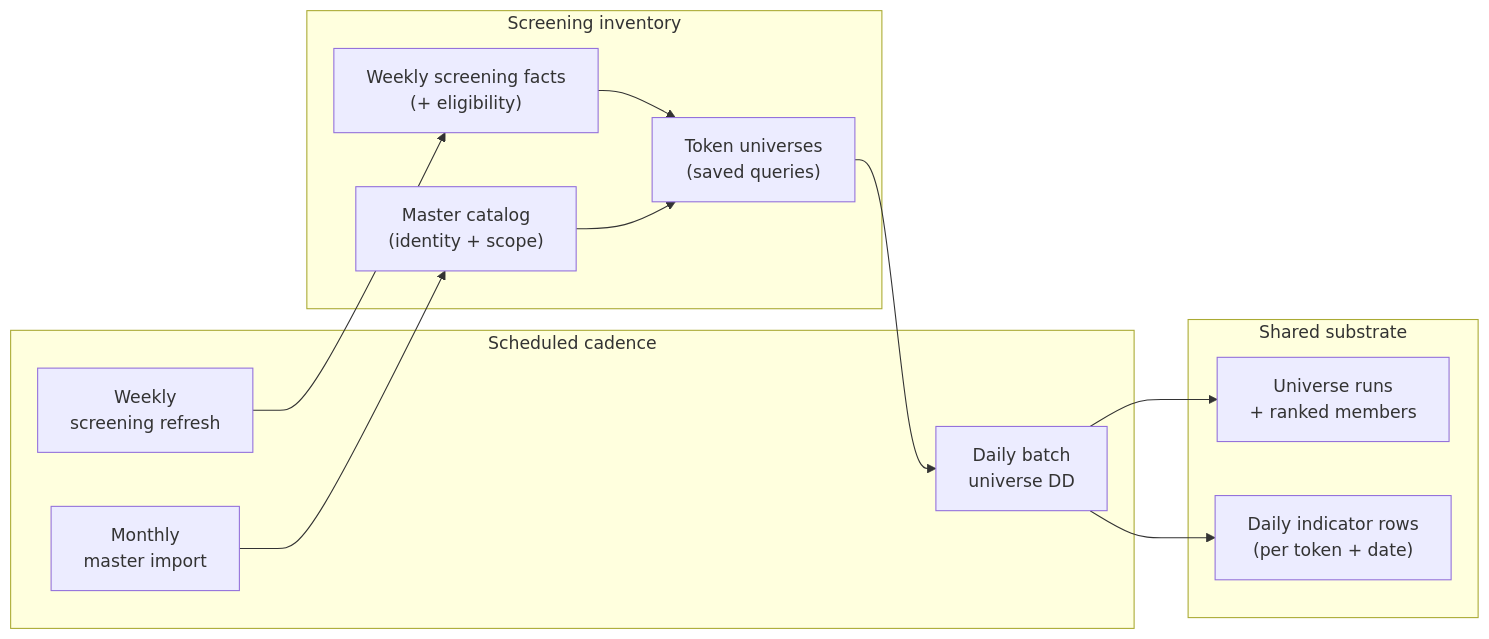
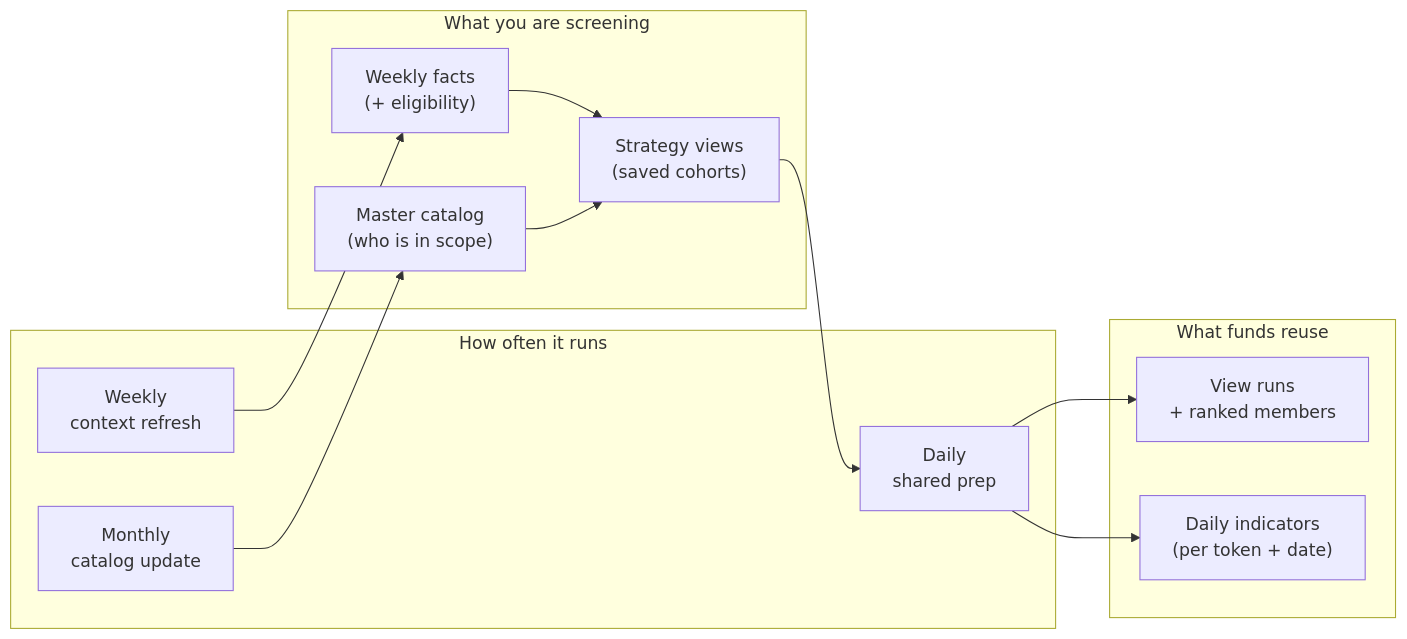
One commit to messyvirgo-coin/messyvirgo-com changed the diagram in _blog/_posts/2026-04-15-messy-virgo-screening-from-catalog-to-daily-substrate.md. Above: the diagram before and after it, drawn with Mermaid. The commit also changed other lines of this file, not shown here.

Commit message:
refactor: Revise blog post on Messy Virgo screening to clarify token preparation process and update terminology for better understanding

````diff
--- a/_blog/_posts/2026-04-15-messy-virgo-screening-from-catalog-to-daily-substrate.md
+++ b/_blog/_posts/2026-04-15-messy-virgo-screening-from-catalog-to-daily-substrate.md
@@ -118,27 +118,27 @@
 ```mermaid
 flowchart LR
-  subgraph Cadence["Scheduled cadence"]
-    M["Monthly\nmaster import"]
-    Wk["Weekly\nscreening refresh"]
-    D["Daily batch\nuniverse DD"]
+  subgraph Cadence["How often it runs"]
+    M["Monthly\ncatalog update"]
+    Wk["Weekly\ncontext refresh"]
+    D["Daily\nshared prep"]
   end
 
-  subgraph Inventory["Screening inventory"]
-    T["Master catalog\n(identity + scope)"]
-    S["Weekly screening facts\n(+ eligibility)"]
-    U["Token universes\n(saved queries)"]
+  subgraph Inventory["What you are screening"]
+    T["Master catalog\n(who is in scope)"]
+    S["Weekly facts\n(+ eligibility)"]
+    U["Strategy views\n(saved cohorts)"]
   end
 
-  subgraph Substrate["Shared substrate"]
-    R["Universe runs\n+ ranked members"]
-    I["Daily indicator rows\n(per token + date)"]
+  subgraph Shared["What funds reuse"]
+    R["View runs\n+ ranked members"]
+    I["Daily indicators\n(per token + date)"]
   end
 
   M --> T
   Wk --> S
   S --> U
   T --> U
   U --> D
   D --> R
   D --> I
 ```
````
